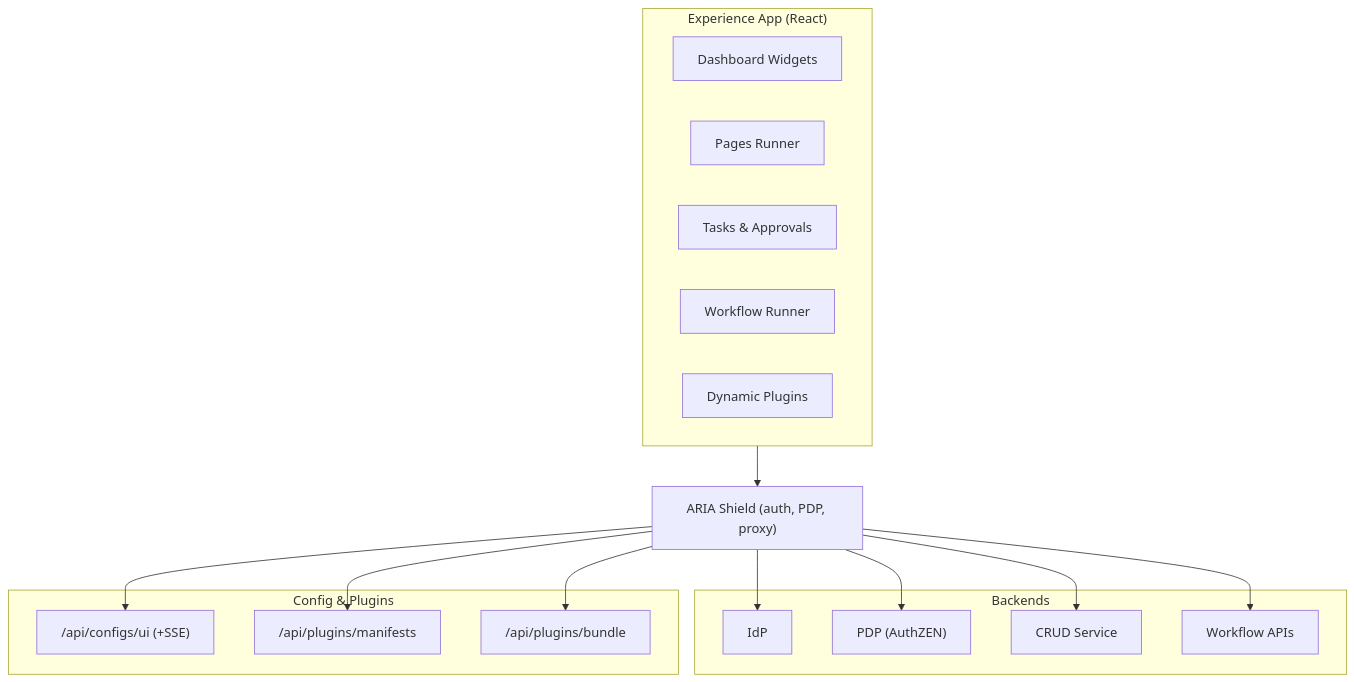
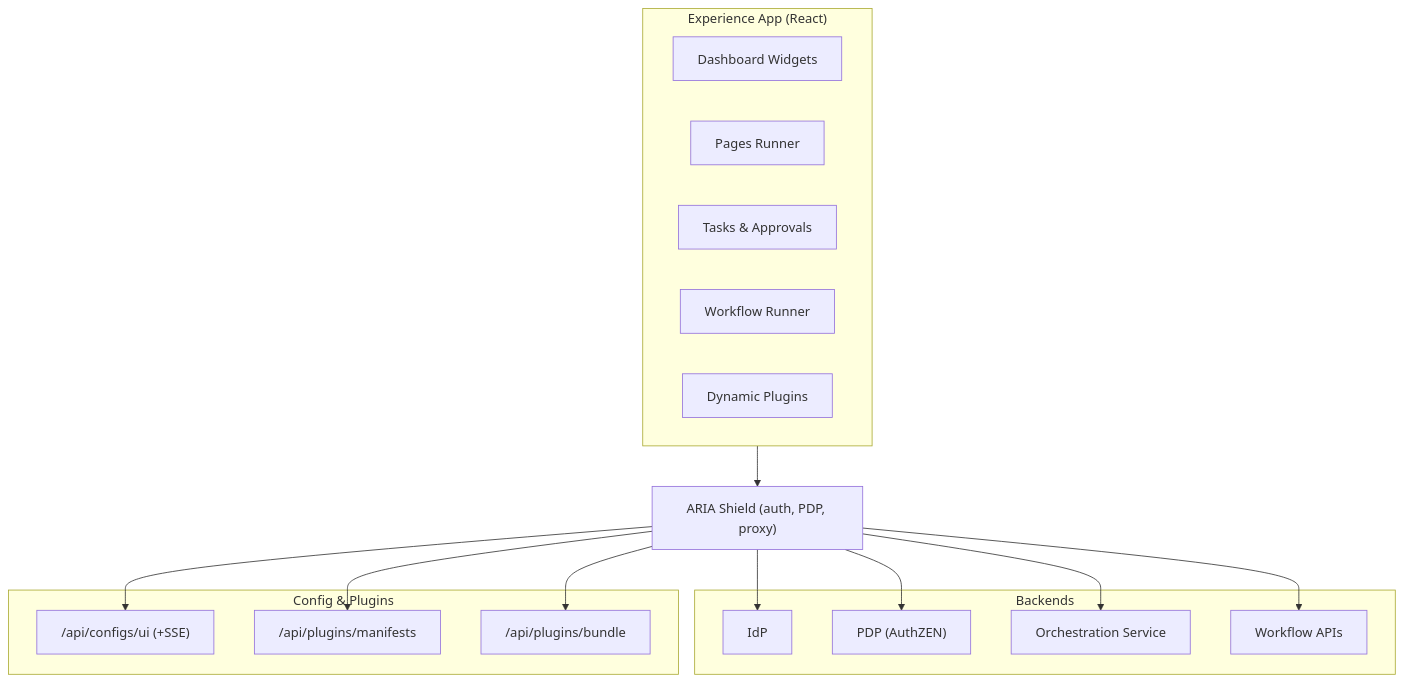
The diagram in docs/marketing/experience-app.md (empowerID/empowernow_docs), drawn with Mermaid before and after one commit. The commit also changed 82 other files, not shown here.

````diff
--- a/docs/marketing/experience-app.md
+++ b/docs/marketing/experience-app.md
@@ -19,32 +19,32 @@
 ```mermaid
 flowchart TB
   subgraph UI["Experience App (React)"]
     Dash[Dashboard Widgets]
     Pages[Pages Runner]
     Tasks[Tasks & Approvals]
     Workflows[Workflow Runner]
     Plugins[Dynamic Plugins]
   end
   BFF["ARIA Shield (auth, PDP, proxy)"]
   UI --> BFF
 
   subgraph Svc["Backends"]
     IdP["IdP"]
     PDP["PDP (AuthZEN)"]
-    CRUD["CRUD Service"]
+    CRUD["Orchestration Service"]
     WF["Workflow APIs"]
   end
   BFF --> IdP
   BFF --> PDP
   BFF --> CRUD
   BFF --> WF
 
   subgraph Ext["Config & Plugins"]
     UIcfg["/api/configs/ui (+SSE)"]
     Man["/api/plugins/manifests"]
     Bun["/api/plugins/bundle"]
   end
   BFF --> UIcfg
   BFF --> Man
   BFF --> Bun
 ```
````
